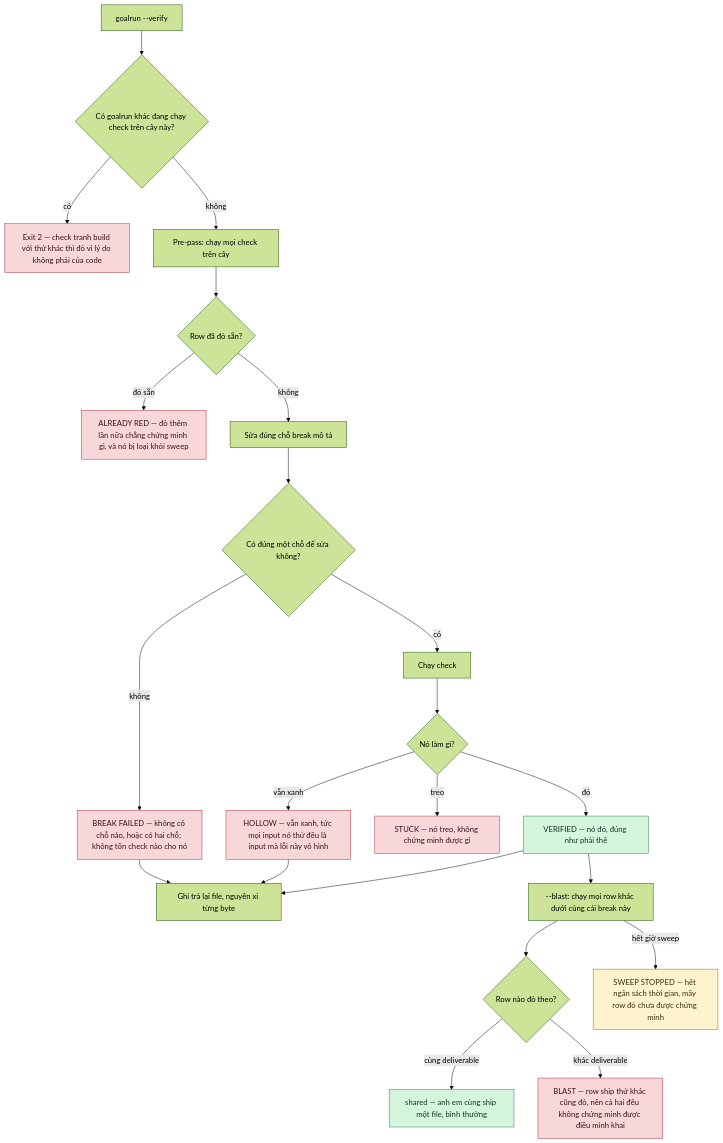
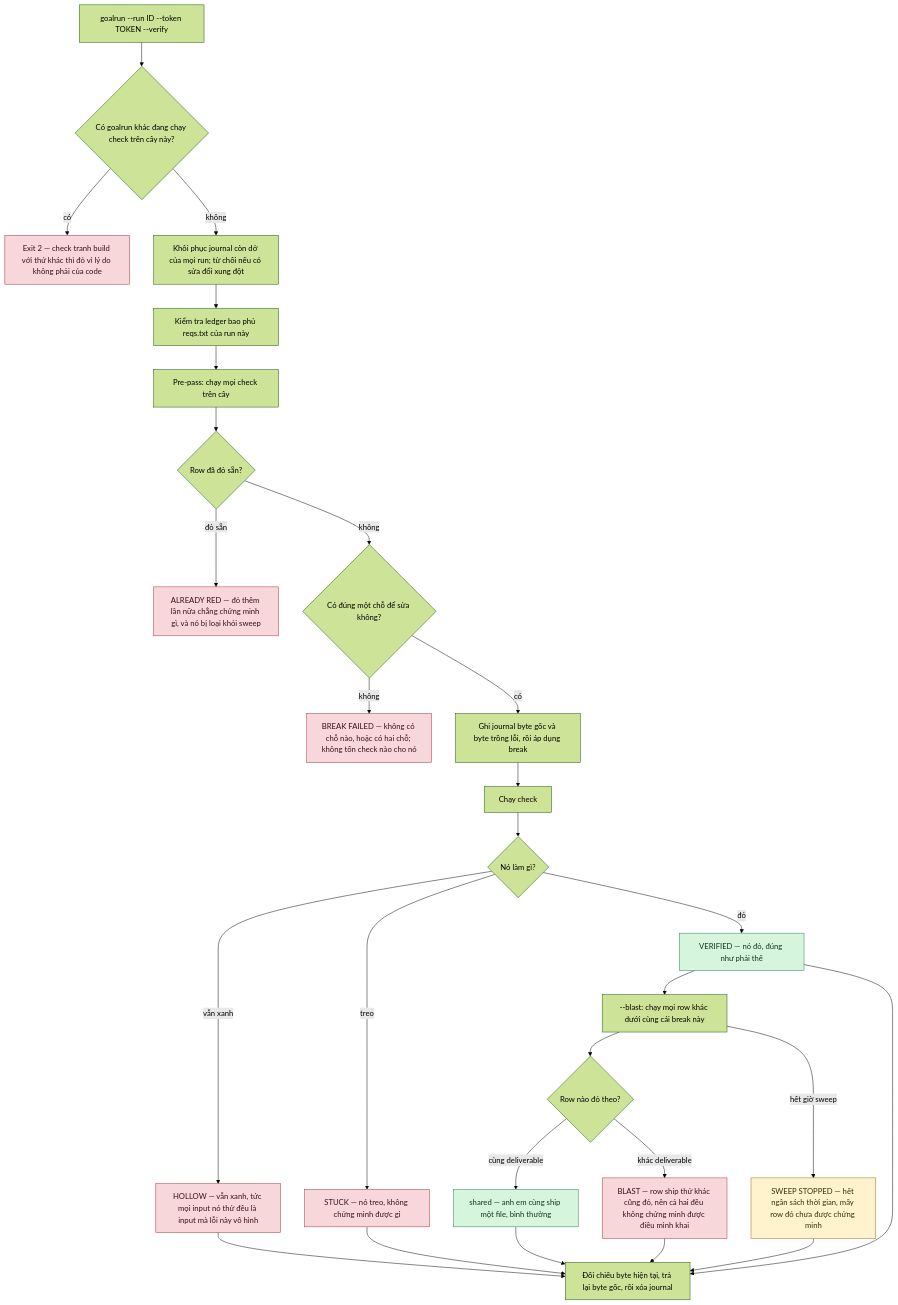
Before and after one commit to xtieume/testcase: the fourth of 4 diagrams in docs/how-it-works.vi.md, drawn with Mermaid (forest theme). The commit also changed other lines of this file and 24 other files, not shown here.

````diff
--- a/docs/how-it-works.vi.md
+++ b/docs/how-it-works.vi.md
@@ -155,59 +156,65 @@
 ```mermaid
 flowchart TD
-    V["goalrun --verify"]
+    V["goalrun --run ID --token TOKEN --verify"]
     LOCK{"Có goalrun khác đang chạy check trên cây này?"}
     STOPL["Exit 2 — check tranh build với thứ khác thì đỏ vì lý do không phải của code"]
 
+    RECOVER["Khôi phục journal còn dở của mọi run; từ chối nếu có sửa đổi xung đột"]
+    LINT["Kiểm tra ledger bao phủ reqs.txt của run này"]
     PRE["Pre-pass: chạy mọi check trên cây"]
     RED{"Row đã đỏ sẵn?"}
     AR["ALREADY RED — đỏ thêm lần nữa chẳng chứng minh gì, và nó bị loại khỏi sweep"]
 
-    PLANT["Sửa đúng chỗ break mô tả"]
+    PLANT["Ghi journal byte gốc và byte trồng lỗi, rồi áp dụng break"]
     MOVED{"Có đúng một chỗ để sửa không?"}
     BF["BREAK FAILED — không có chỗ nào, hoặc có hai chỗ; không tốn check nào cho nó"]
 
     CHECK["Chạy check"]
     RESULT{"Nó làm gì?"}
     HOLLOW["HOLLOW — vẫn xanh, tức mọi input nó thử đều là input mà lỗi này vô hình"]
     STUCK["STUCK — nó treo, không chứng minh được gì"]
     VERIFIED["VERIFIED — nó đỏ, đúng như phải thế"]
-    DROP["Ghi trả lại file, nguyên xi từng byte"]
+    DROP["Đối chiếu byte hiện tại, trả lại byte gốc, rồi xóa journal"]
 
     SWEEP["--blast: chạy mọi row khác dưới cùng cái break này"]
     SIB{"Row nào đỏ theo?"}
     SHARED["shared — anh em cùng ship một file, bình thường"]
     BLAST["BLAST — row ship thứ khác cũng đỏ, nên cả hai đều không chứng minh được điều mình khai"]
     BUDGET["SWEEP STOPPED — hết ngân sách thời gian, mấy row đó chưa được chứng minh"]
 
     V --> LOCK
     LOCK -->|"có"| STOPL
-    LOCK -->|"không"| PRE
+    LOCK -->|"không"| RECOVER
+    RECOVER --> LINT --> PRE
     PRE --> RED
     RED -->|"đỏ sẵn"| AR
-    RED -->|"không"| PLANT
-    PLANT --> MOVED
+    RED -->|"không"| MOVED
     MOVED -->|"không"| BF
-    MOVED -->|"có"| CHECK
+    MOVED -->|"có"| PLANT
+    PLANT --> CHECK
     CHECK --> RESULT
     RESULT -->|"vẫn xanh"| HOLLOW
     RESULT -->|"treo"| STUCK
     RESULT -->|"đỏ"| VERIFIED
     VERIFIED --> SWEEP
     SWEEP --> SIB
     SIB -->|"cùng deliverable"| SHARED
     SIB -->|"khác deliverable"| BLAST
     SWEEP -->|"hết giờ sweep"| BUDGET
     VERIFIED --> DROP
     HOLLOW --> DROP
-    BF --> DROP
+    STUCK --> DROP
+    SHARED --> DROP
+    BLAST --> DROP
+    BUDGET --> DROP
 
     style VERIFIED fill:#d6f5dd,stroke:#2f7d4f,color:#12351f
     style SHARED fill:#d6f5dd,stroke:#2f7d4f,color:#12351f
     style HOLLOW fill:#f8d7da,stroke:#a3303b,color:#3b1015
     style STUCK fill:#f8d7da,stroke:#a3303b,color:#3b1015
     style BLAST fill:#f8d7da,stroke:#a3303b,color:#3b1015
     style BF fill:#f8d7da,stroke:#a3303b,color:#3b1015
     style AR fill:#f8d7da,stroke:#a3303b,color:#3b1015
     style STOPL fill:#f8d7da,stroke:#a3303b,color:#3b1015
     style BUDGET fill:#fff3cd,stroke:#8a6d1f,color:#3b2f08
 ```
````
